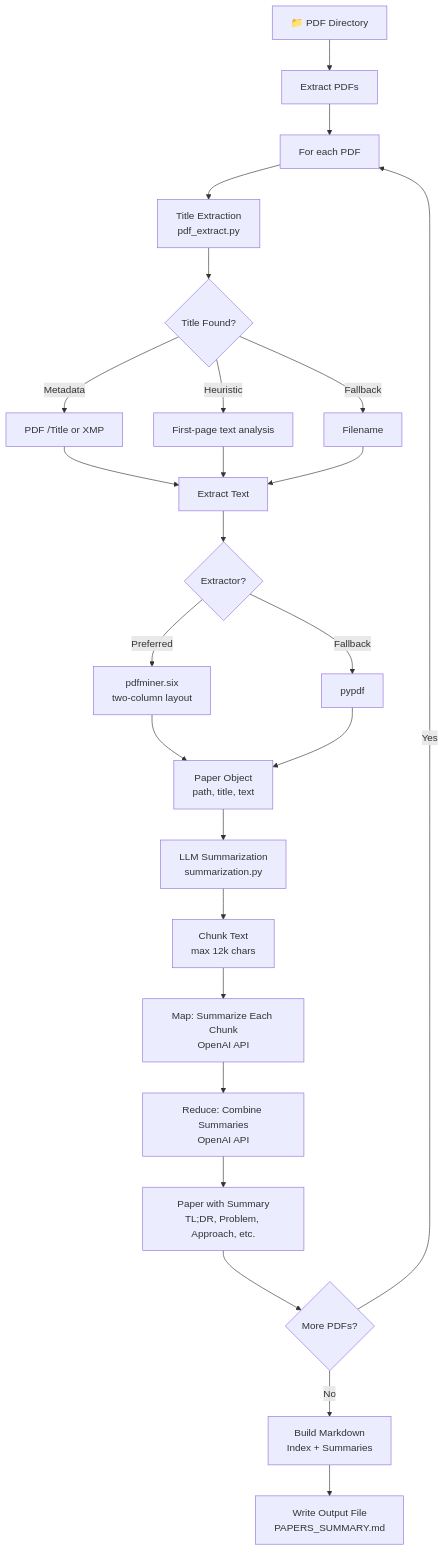
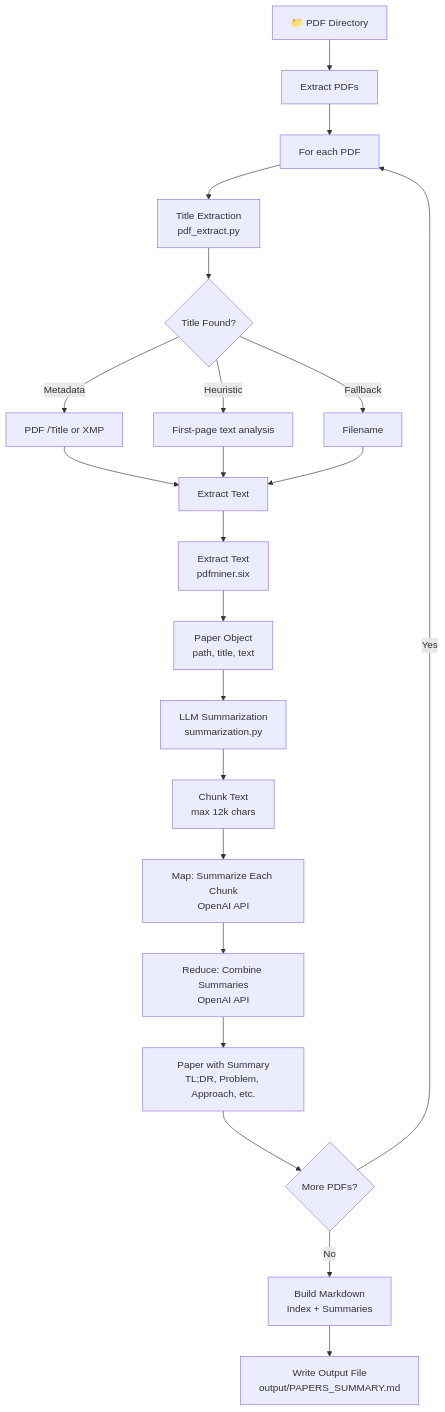
Before and after one commit to angelotc/paper2md: the diagram in README.md, drawn with Mermaid. The commit also changed other lines of this file and 6 other files, not shown here.

````diff
--- a/README.md
+++ b/README.md
@@ -62,31 +83,28 @@
 ```mermaid
 graph TD
     A[📁 PDF Directory] --> B[Extract PDFs]
     B --> C[For each PDF]
 
     C --> D[Title Extraction<br/>pdf_extract.py]
     D --> E{Title Found?}
     E -->|Metadata| F[PDF /Title or XMP]
     E -->|Heuristic| G[First-page text analysis]
     E -->|Fallback| H[Filename]
     F --> I[Extract Text]
     G --> I
     H --> I
 
-    I --> J{Extractor?}
-    J -->|Preferred| K[pdfminer.six<br/>two-column layout]
-    J -->|Fallback| L[pypdf]
-    K --> M[Paper Object<br/>path, title, text]
-    L --> M
+    I --> J[Extract Text<br/>pdfminer.six]
+    J --> M[Paper Object<br/>path, title, text]
 
     M --> N[LLM Summarization<br/>summarization.py]
     N --> O[Chunk Text<br/>max 12k chars]
     O --> P[Map: Summarize Each Chunk<br/>OpenAI API]
     P --> Q[Reduce: Combine Summaries<br/>OpenAI API]
     Q --> R[Paper with Summary<br/>TL;DR, Problem, Approach, etc.]
 
     R --> S{More PDFs?}
     S -->|Yes| C
     S -->|No| T[Build Markdown<br/>Index + Summaries]
-    T --> U[Write Output File<br/>PAPERS_SUMMARY.md]
+    T --> U[Write Output File<br/>output/PAPERS_SUMMARY.md]
 ```
````
